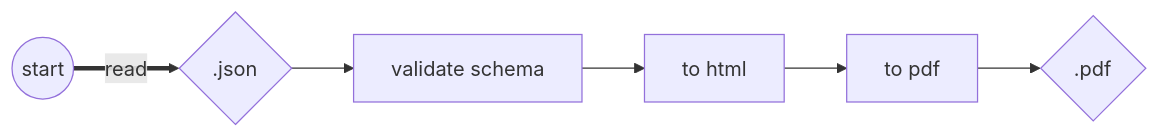
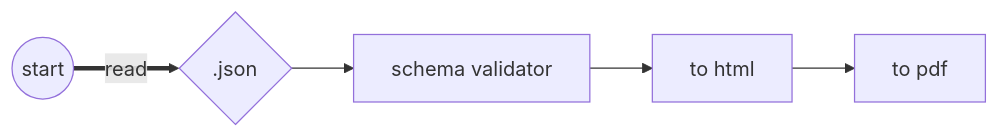
The diagram in README.md (Leyka/gensume), drawn with Mermaid before and after one commit. The commit also changed other lines of this file and 2 other files, not shown here.

````diff
--- a/README.md
+++ b/README.md
@@ -14,8 +20,7 @@
 ```mermaid
 flowchart LR
   A((start)) ==read==> B{.json}
-  B --> C[validate schema]
+  B --> C[schema validator]
   C --> D[to html]
   D --> E[to pdf]
-  E --> F{.pdf}
 ```
````
